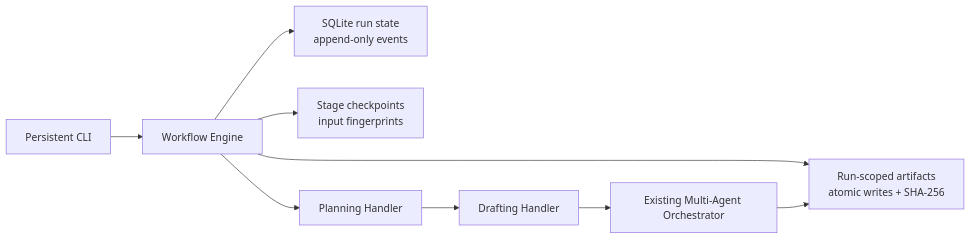
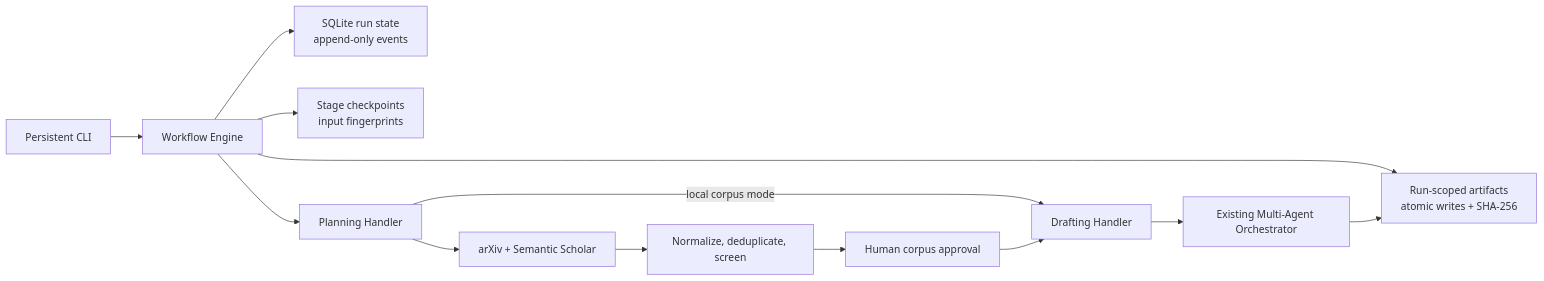
One commit to DavidZ05/multi-agent-literature-review-system changed the second of 2 diagrams in docs/design_document.md. Above: the diagram before and after it, drawn with Mermaid. The commit also changed other lines of this file and 7 other files, not shown here.

````diff
--- a/docs/design_document.md
+++ b/docs/design_document.md
@@ -52,11 +52,15 @@
 ```mermaid
 flowchart LR
     CLI["Persistent CLI"] --> Engine["Workflow Engine"]
     Engine --> State["SQLite run state<br/>append-only events"]
     Engine --> Checkpoints["Stage checkpoints<br/>input fingerprints"]
     Engine --> Artifacts["Run-scoped artifacts<br/>atomic writes + SHA-256"]
     Engine --> Planning["Planning Handler"]
-    Planning --> Drafting["Drafting Handler"]
+    Planning -->|"local corpus mode"| Drafting["Drafting Handler"]
+    Planning --> Discovery["arXiv + Semantic Scholar"]
+    Discovery --> Screening["Normalize, deduplicate, screen"]
+    Screening --> Approval["Human corpus approval"]
+    Approval --> Drafting
     Drafting --> Orchestrator["Existing Multi-Agent Orchestrator"]
     Orchestrator --> Artifacts
 ```
````
